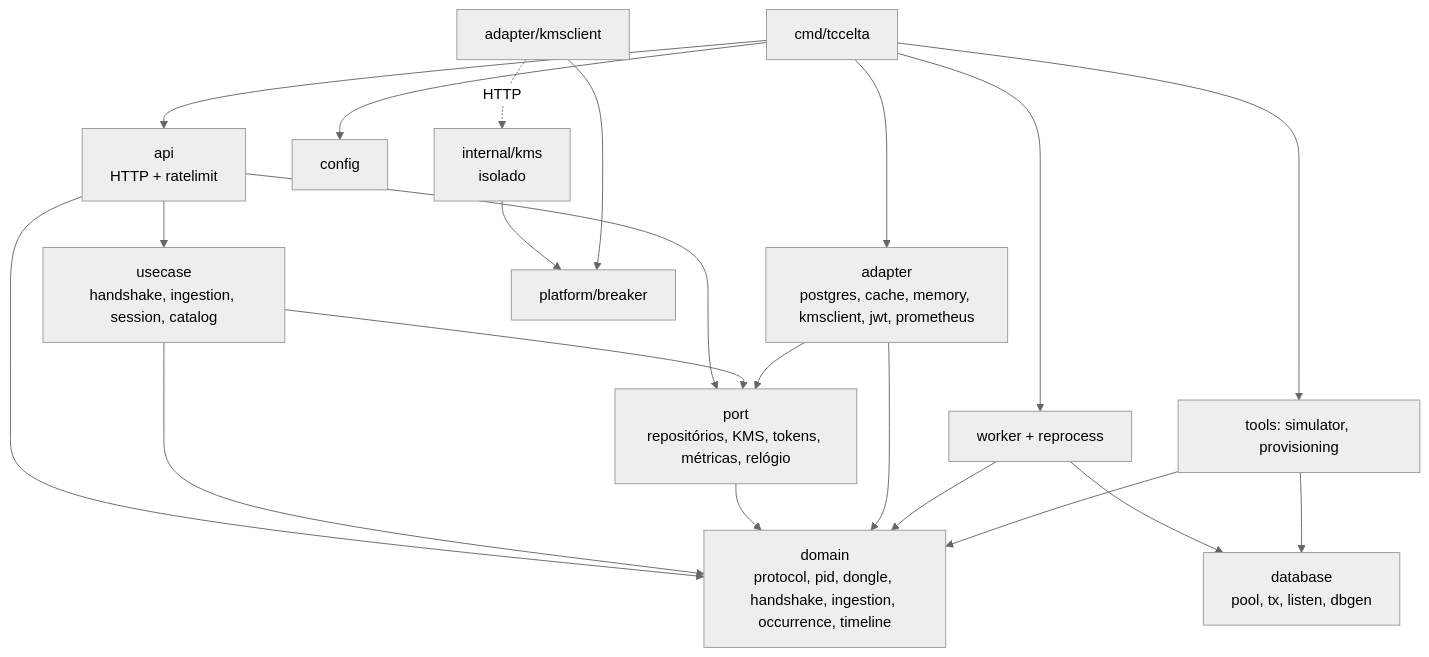
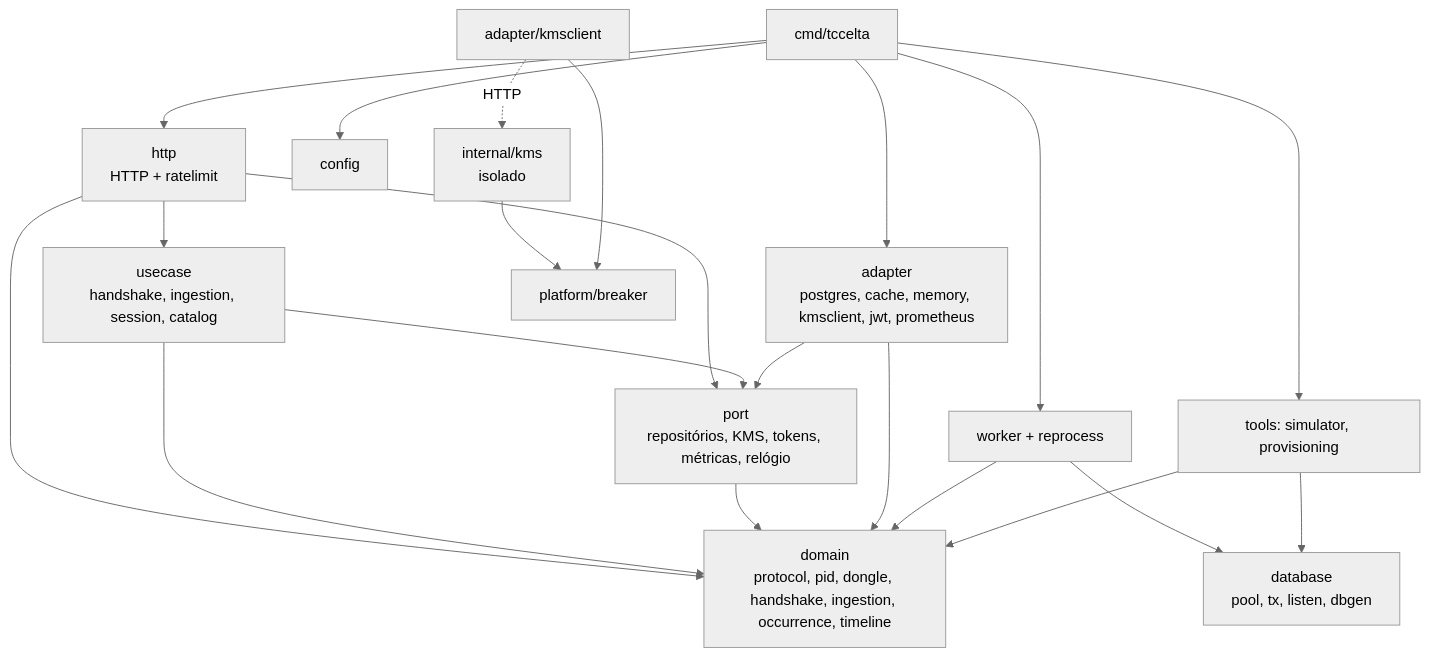
One commit to rodrigomarcolin/tccelta changed the diagram in .spec/fase-3-servidor/03-api-go-arquitetura.md. Above: the diagram before and after it, drawn with Mermaid (neutral theme). The commit also changed other lines of this file and 22 other files, not shown here.

First line of the commit message:
refactor(backend): renomeia internal/api para internal/http

````diff
--- a/.spec/fase-3-servidor/03-api-go-arquitetura.md
+++ b/.spec/fase-3-servidor/03-api-go-arquitetura.md
@@ -12,15 +12,15 @@
 ```mermaid
 flowchart TD
-    cmd[cmd/tccelta] --> api & worker & tools & adapter & config
-    api[api<br/>HTTP + ratelimit] --> usecase & port & domain
+    cmd[cmd/tccelta] --> http & worker & tools & adapter & config
+    http[http<br/>HTTP + ratelimit] --> usecase & port & domain
     usecase[usecase<br/>handshake, ingestion, session, catalog] --> domain & port
     port[port<br/>repositórios, KMS, tokens, métricas, relógio] --> domain
     adapter[adapter<br/>postgres, cache, memory, kmsclient, jwt, prometheus] --> port & domain
     worker[worker + reprocess] --> database & domain
     tools[tools: simulator, provisioning] --> database & domain
     database[database<br/>pool, tx, listen, dbgen]
     domain[domain<br/>protocol, pid, dongle, handshake, ingestion, occurrence, timeline]
     kmsclient[adapter/kmsclient] -.HTTP.-> kms[internal/kms<br/>isolado]
     kms --> breaker[platform/breaker]
     kmsclient --> breaker
 ```
````
